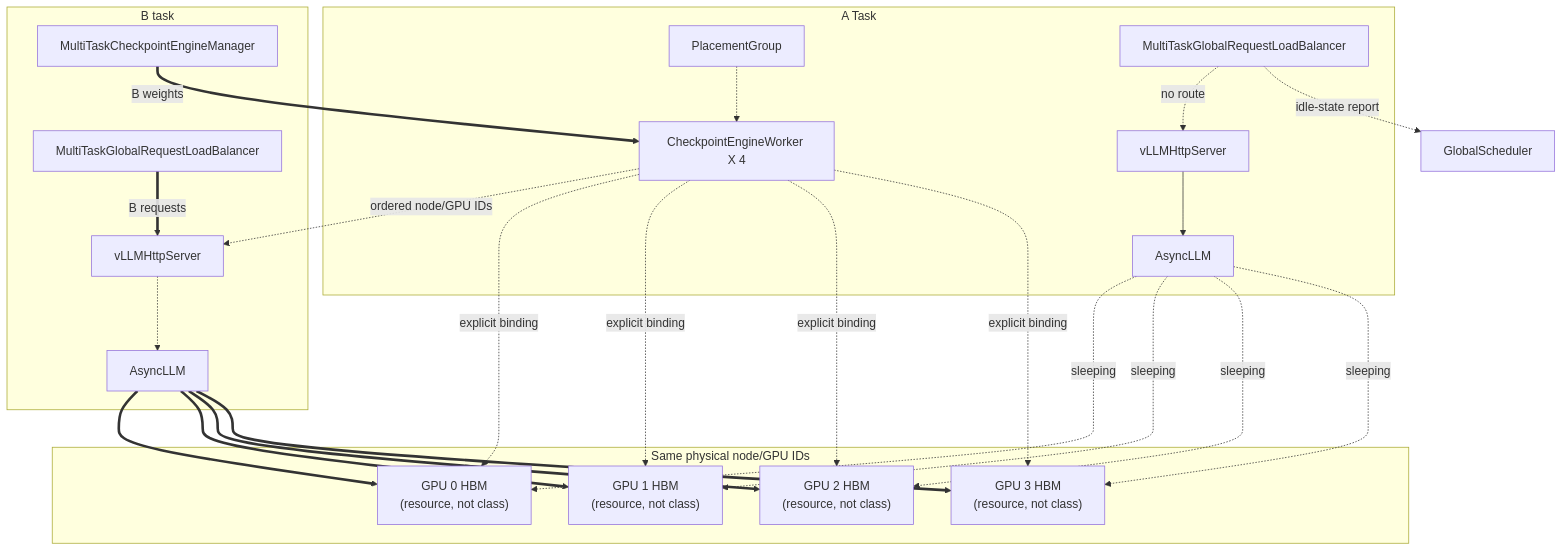
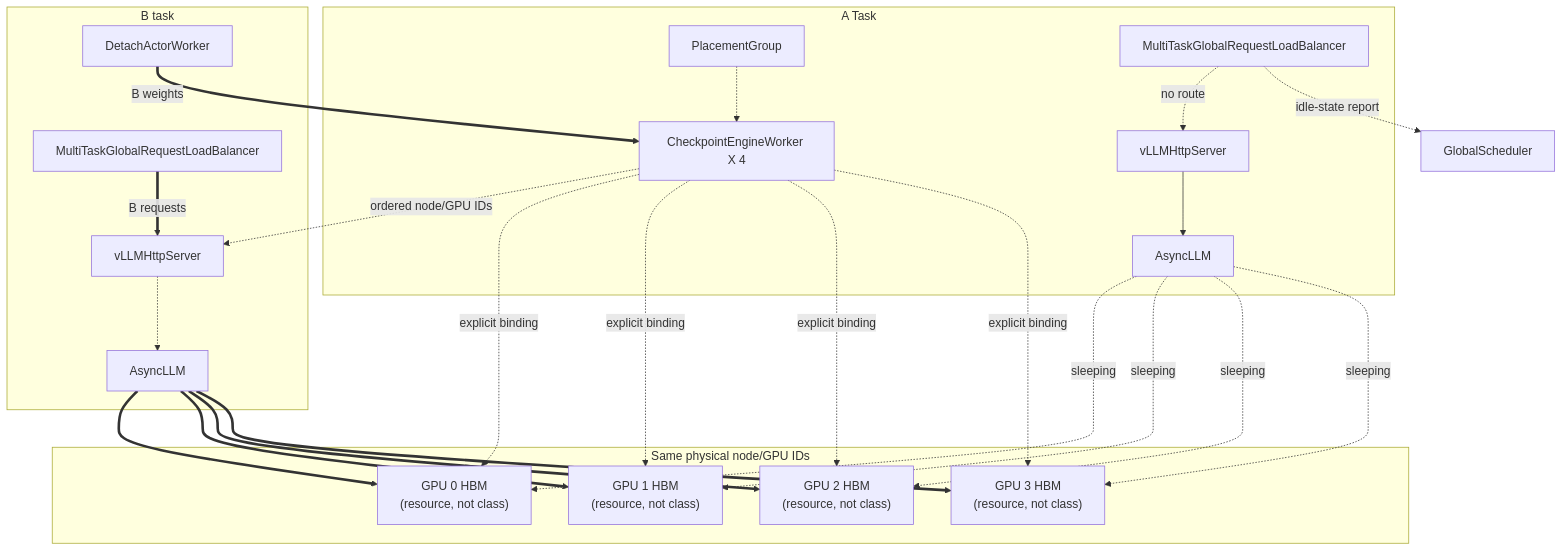
One commit to niuypei/multi_task_verl changed the seventh of 9 diagrams in multi_task_scheduler/多RL任务资源共享调度RFC.md. Above: the diagram before and after it, drawn with Mermaid. The commit also changed other lines of this file and 8 other files, not shown here.

````diff
--- a/multi_task_scheduler/多RL任务资源共享调度RFC.md
+++ b/multi_task_scheduler/多RL任务资源共享调度RFC.md
@@ -916,47 +937,47 @@
 ```mermaid
 flowchart TB
     GS["GlobalScheduler"]
 
     subgraph DONOR[A Task]
         PG["PlacementGroup"]
         DCW["CheckpointEngineWorker X 4"]
         DS["vLLMHttpServer"]
         DE["AsyncLLM"]
         DLB["MultiTaskGlobalRequestLoadBalancer"]
         PG -.-> DCW
         DS --> DE
         DLB -. no route .-> DS
     end
 
     subgraph GPU[Same physical node/GPU IDs]
         G0["GPU 0 HBM<br/>(resource, not class)"]
         G1["GPU 1 HBM<br/>(resource, not class)"]
         G2["GPU 2 HBM<br/>(resource, not class)"]
         G3["GPU 3 HBM<br/>(resource, not class)"]
     end
 
     subgraph BORROWER[B task]
         BS["vLLMHttpServer"]
         BE["AsyncLLM"]
         BLB["MultiTaskGlobalRequestLoadBalancer"]
-        BCE["MultiTaskCheckpointEngineManager"]
+        BCE["DetachActorWorker"]
         BCE ==>|B weights| DCW
         BS -.-> BE
         BLB ==>|B requests| BS
     end
 
     DCW -. ordered node/GPU IDs .-> BS
     DCW -. explicit binding .-> G0
     DCW -. explicit binding .-> G1
     DCW -. explicit binding .-> G2
     DCW -. explicit binding .-> G3
     BE ==> G0
     BE ==> G1
     BE ==> G2
     BE ==> G3
     DE -. sleeping .-> G0
     DE -. sleeping .-> G1
     DE -. sleeping .-> G2
     DE -. sleeping .-> G3
     DLB -. idle-state report .-> GS
 ```
````
